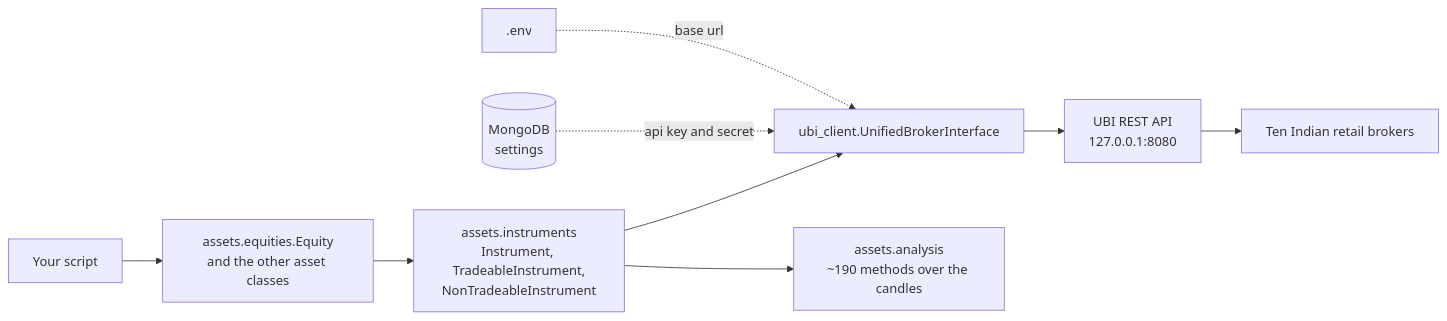
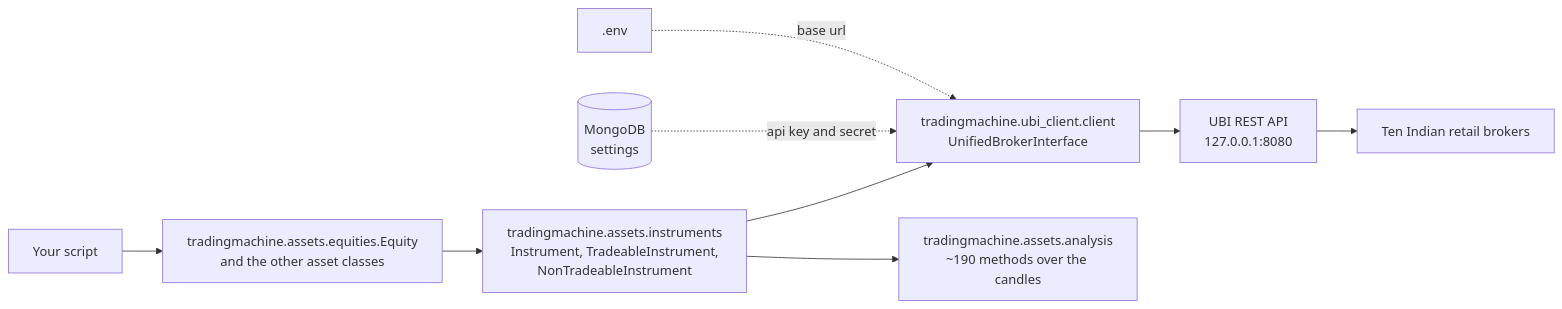
One commit to pramodathani/tradingmachine changed the diagram in docs/index.md. Above: the diagram before and after it, drawn with Mermaid. The commit also changed other lines of this file and 26 other files, not shown here.

````diff
--- a/docs/index.md
+++ b/docs/index.md
@@ -73,12 +73,12 @@
 ```mermaid
 flowchart LR
     ENV[".env"] -. base url .-> CLIENT
     MONGO[("MongoDB<br/>settings")] -. api key and secret .-> CLIENT
 
-    YOU["Your script"] --> ASSETS["assets.equities.Equity<br/>and the other asset classes"]
-    ASSETS --> INSTR["assets.instruments<br/>Instrument, TradeableInstrument,<br/>NonTradeableInstrument"]
-    INSTR --> ANALYSIS["assets.analysis<br/>~190 methods over the candles"]
-    INSTR --> CLIENT["ubi_client.UnifiedBrokerInterface"]
+    YOU["Your script"] --> ASSETS["tradingmachine.assets.equities.Equity<br/>and the other asset classes"]
+    ASSETS --> INSTR["tradingmachine.assets.instruments<br/>Instrument, TradeableInstrument,<br/>NonTradeableInstrument"]
+    INSTR --> ANALYSIS["tradingmachine.assets.analysis<br/>~190 methods over the candles"]
+    INSTR --> CLIENT["tradingmachine.ubi_client.client<br/>UnifiedBrokerInterface"]
     CLIENT --> UBI["UBI REST API<br/>127.0.0.1:8080"]
     UBI --> BROKERS["Ten Indian retail brokers"]
 ```
````
